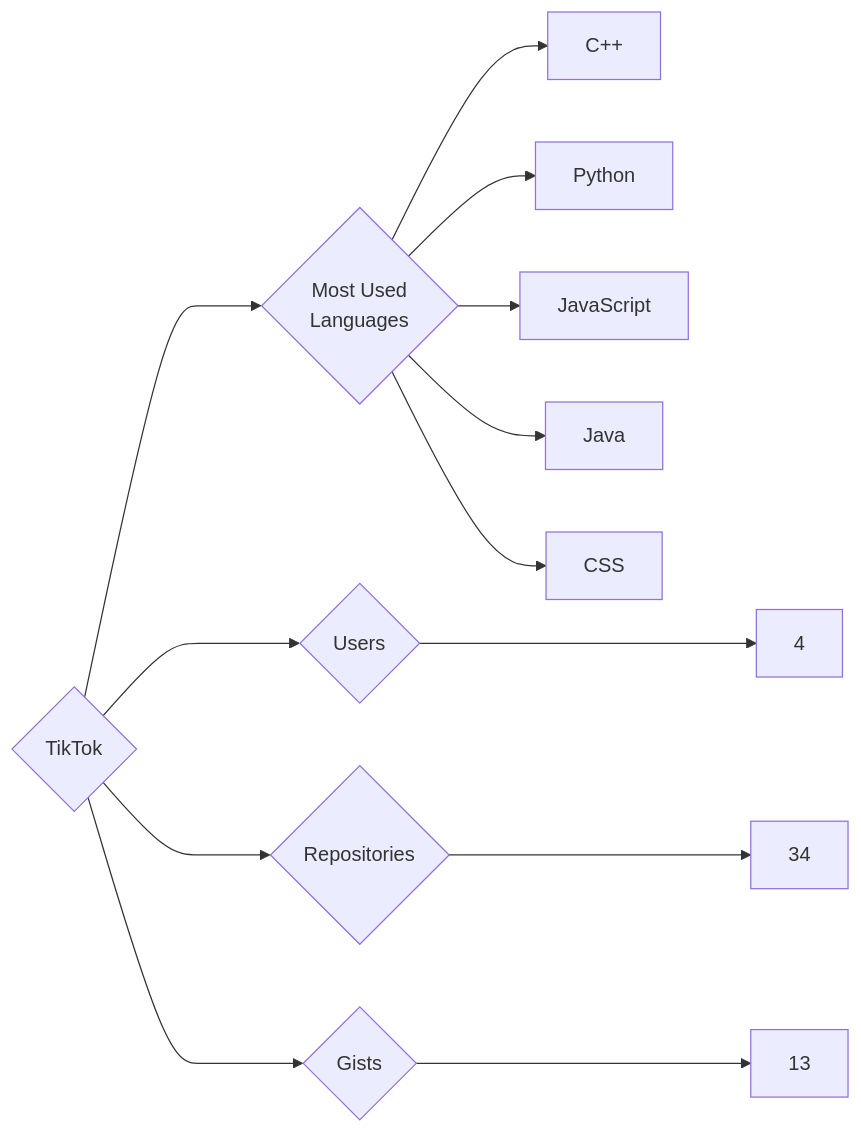
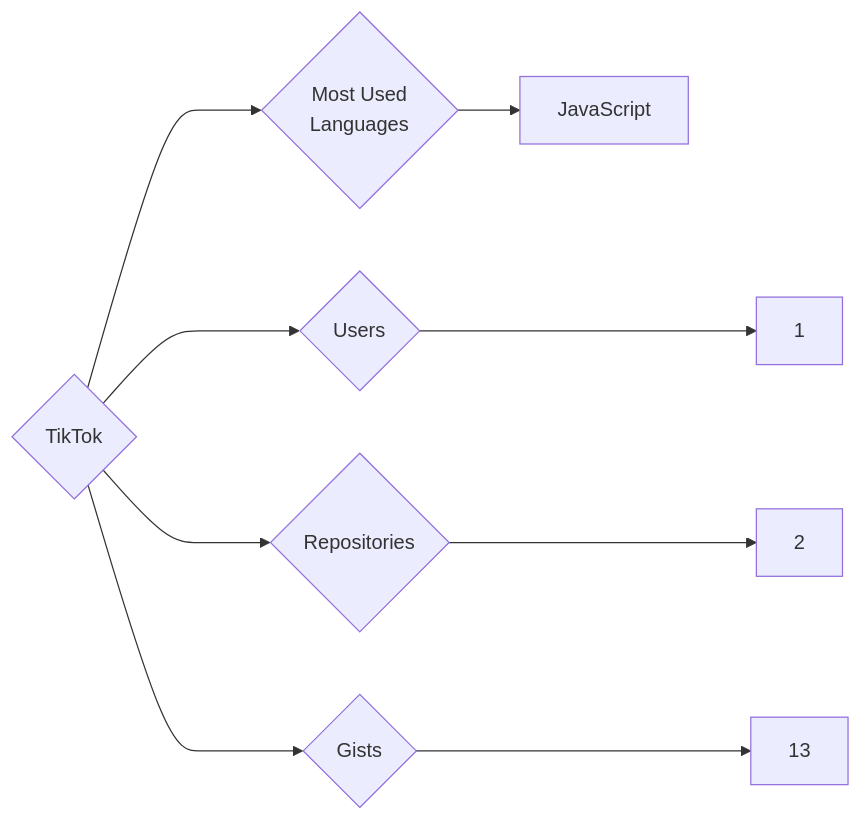
The diagram in targets/TikTok/README.md (trickest/insiders), drawn with Mermaid before and after one commit. The commit also changed 728 other files, not shown here.

````diff
--- a/targets/TikTok/README.md
+++ b/targets/TikTok/README.md
@@ -3,13 +3,9 @@
 ```mermaid
 graph LR
 COMPANY_NAME{TikTok}
-COMPANY_NAME ---> U{Users} ---> UN[4]
-COMPANY_NAME ---> R{Repositories} ---> RN[34]
+COMPANY_NAME ---> U{Users} ---> UN[1]
+COMPANY_NAME ---> R{Repositories} ---> RN[2]
 COMPANY_NAME ---> G{Gists} ---> GN[13]
 COMPANY_NAME ---> ML{Most Used<br>Languages}
-ML --> C++[C++]
-ML --> Python[Python]
 ML --> JavaScript[JavaScript]
-ML --> Java[Java]
-ML --> CSS[CSS]
 ```
````
